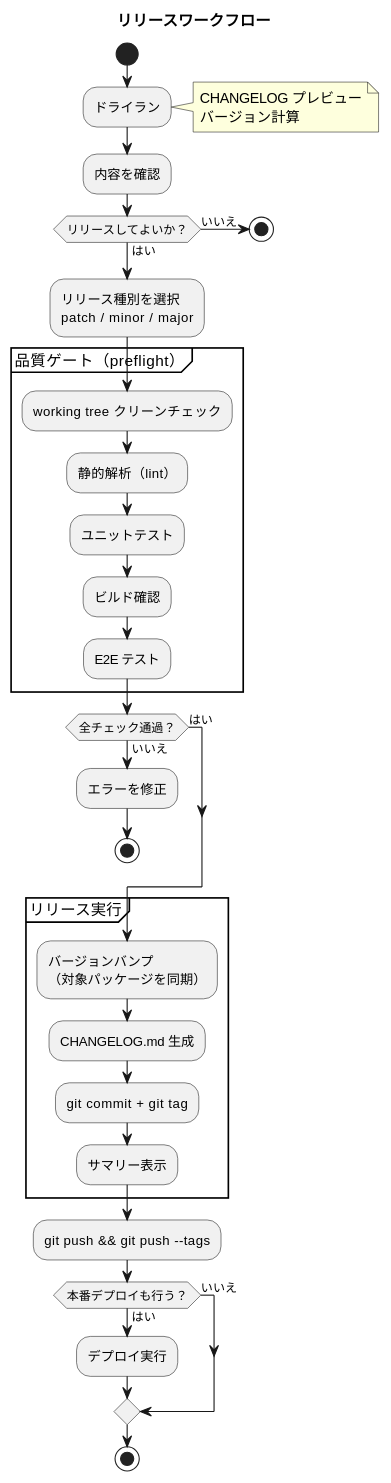
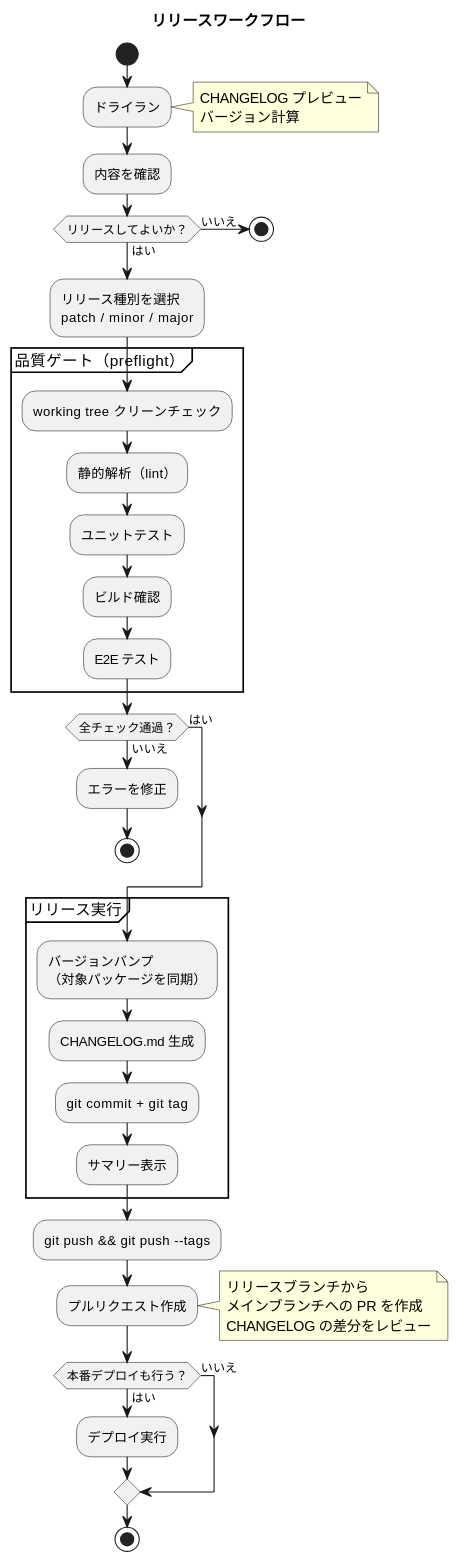
One commit to k2works/ai-programing-exercise changed the first of 3 diagrams in docs/reference/リリースガイド.md. Above: the diagram before and after it, drawn with PlantUML. The commit also changed other lines of this file and 14 other files, not shown here.

````diff
--- a/docs/reference/リリースガイド.md
+++ b/docs/reference/リリースガイド.md
@@ -11,53 +11,60 @@
 ```plantuml
 @startuml
 title リリースワークフロー
 
 start
 
 :ドライラン;
 note right
   CHANGELOG プレビュー
   バージョン計算
 end note
 
 :内容を確認;
 
 if (リリースしてよいか？) then (はい)
 else (いいえ)
   stop
 endif
 
 :リリース種別を選択\npatch / minor / major;
 
 partition "品質ゲート（preflight）" {
   :working tree クリーンチェック;
   :静的解析（lint）;
   :ユニットテスト;
   :ビルド確認;
   :E2E テスト;
 }
 
 if (全チェック通過？) then (はい)
 else (いいえ)
   :エラーを修正;
   stop
 endif
 
 partition "リリース実行" {
   :バージョンバンプ\n（対象パッケージを同期）;
   :CHANGELOG.md 生成;
   :git commit + git tag;
   :サマリー表示;
 }
 
 :git push && git push --tags;
 
+:プルリクエスト作成;
+note right
+  リリースブランチから
+  メインブランチへの PR を作成
+  CHANGELOG の差分をレビュー
+end note
+
 if (本番デプロイも行う？) then (はい)
   :デプロイ実行;
 else (いいえ)
 endif
 
 stop
 
 @enduml
 ```
````
